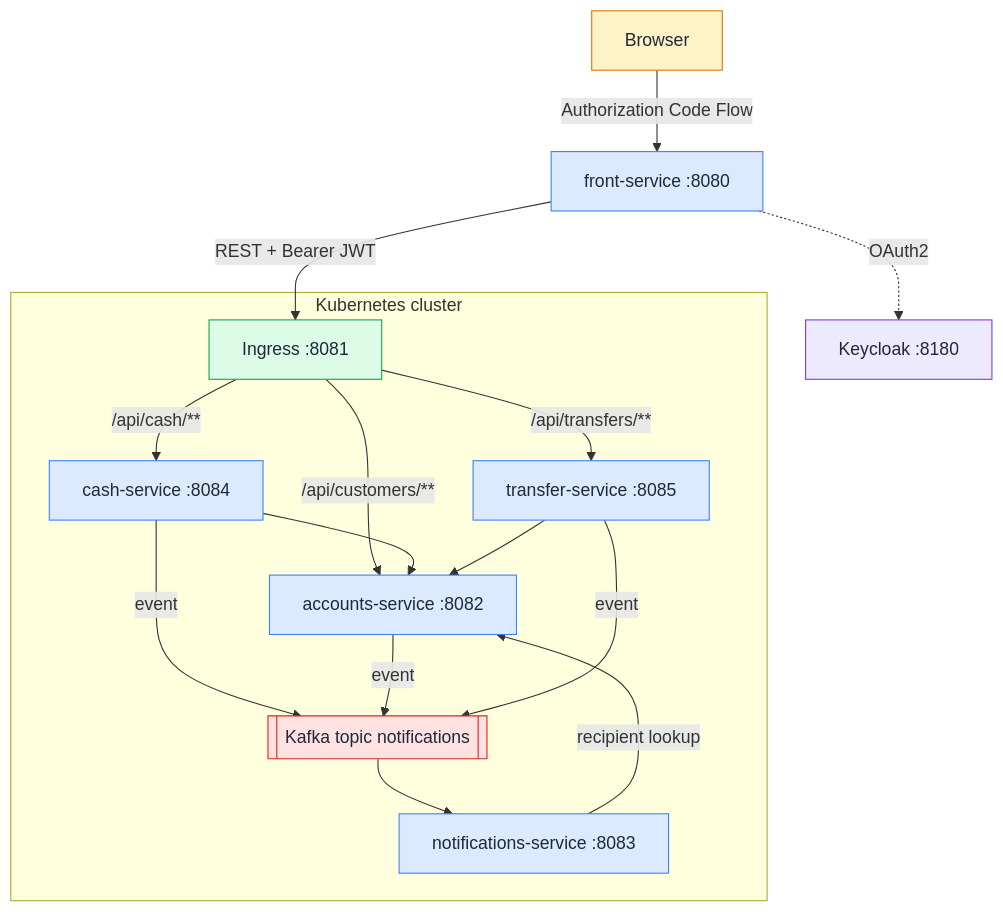
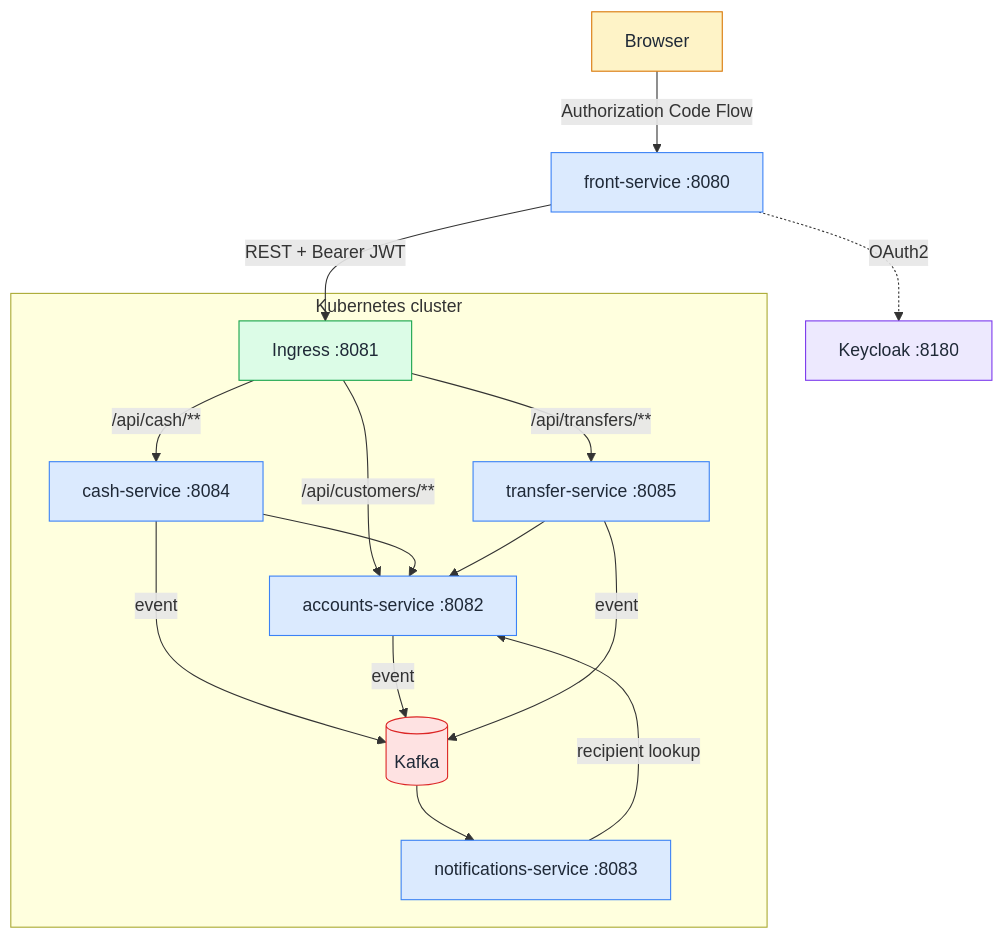
One commit to ubrnt/my-bank-app changed the first of 5 diagrams in README.md. Above: the diagram before and after it, drawn with Mermaid. The commit also changed other lines of this file, not shown here.

````diff
--- a/README.md
+++ b/README.md
@@ -99,30 +103,30 @@
 ```mermaid
 flowchart TD
     browser["Browser"] -->|"Authorization Code Flow"| front["front-service :8080"]
     front -.->|"OAuth2"| keycloak["Keycloak :8180"]
     front -->|"REST + Bearer JWT"| ingress["Ingress :8081"]
 
     subgraph cluster["Kubernetes cluster"]
         ingress -->|"/api/cash/**"| cash["cash-service :8084"]
         ingress -->|"/api/customers/**"| accounts["accounts-service :8082"]
         ingress -->|"/api/transfers/**"| transfer["transfer-service :8085"]
         cash --> accounts
         transfer --> accounts
-        cash -->|"event"| kafka[["Kafka topic notifications"]]
+        cash -->|"event"| kafka[("Kafka")]
         accounts -->|"event"| kafka
         transfer -->|"event"| kafka
         kafka --> notifications["notifications-service :8083"]
         notifications -->|"recipient lookup"| accounts
     end
 
     classDef client fill:#fef3c7,stroke:#d97706,color:#1f2937
     classDef service fill:#dbeafe,stroke:#3b82f6,color:#1f2937
     classDef auth fill:#ede9fe,stroke:#7c3aed,color:#1f2937
     classDef entry fill:#dcfce7,stroke:#16a34a,color:#1f2937
     classDef broker fill:#fee2e2,stroke:#dc2626,color:#1f2937
     class browser client
     class front,cash,transfer,accounts,notifications service
     class kafka broker
     class keycloak auth
     class ingress entry
 ```
````
